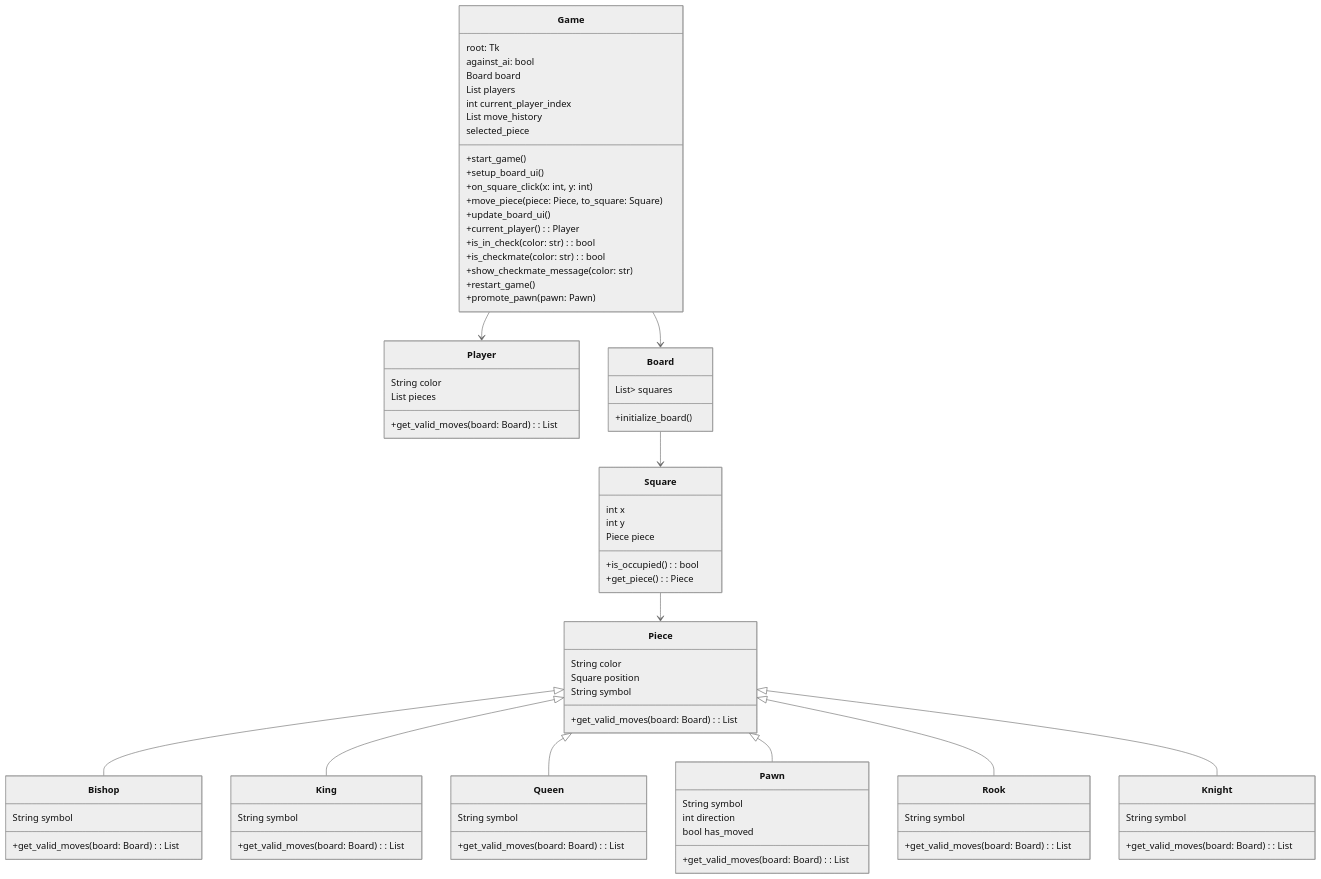
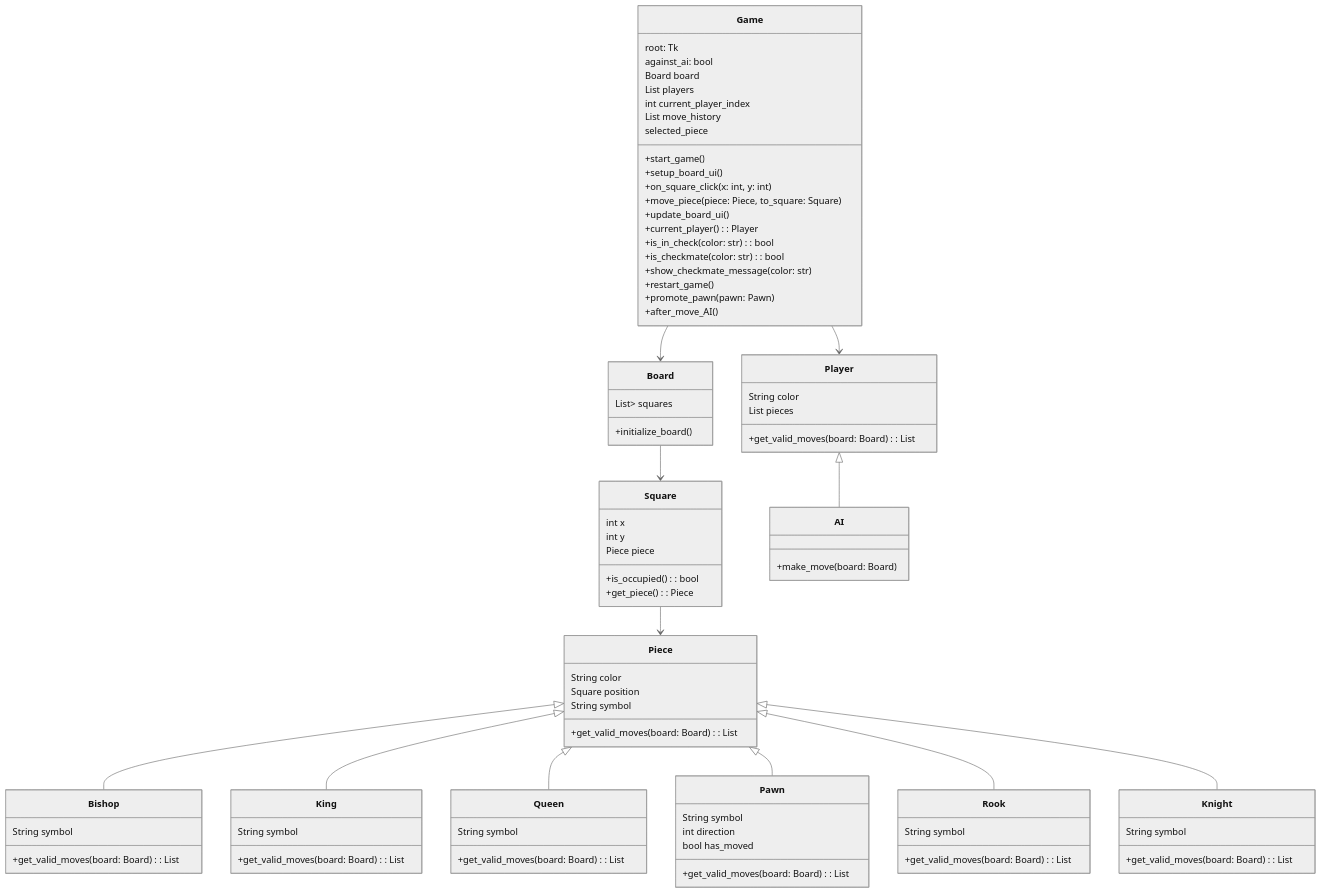
The first of 2 diagrams in README.md (DenielR/Trab-xadrez), drawn with Mermaid (neutral theme) before and after one commit. The commit also changed other lines of this file and 6 other files, not shown here.

````diff
--- a/README.md
+++ b/README.md
@@ -29,6 +29,7 @@
     +show_checkmate_message(color: str)
     +restart_game()
     +promote_pawn(pawn: Pawn)
+    +after_move_AI()
 }
 
 class Board{
@@ -83,6 +84,10 @@
 	+get_valid_moves(board: Board): List
 }
 
+class AI{
+    +make_move(board: Board)
+}
+
 Game --> Board
 Game --> Player
 Board --> Square
@@ -94,5 +99,6 @@
 Piece <|-- Pawn
 Piece <|-- Rook
 Piece <|-- Knight
+Player <|-- AI
 
 ```
````
